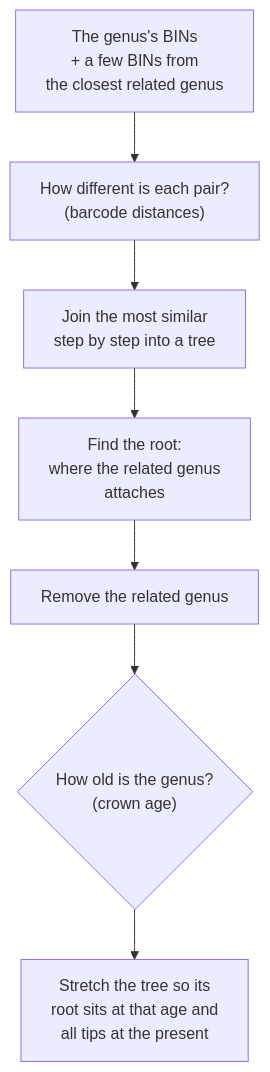
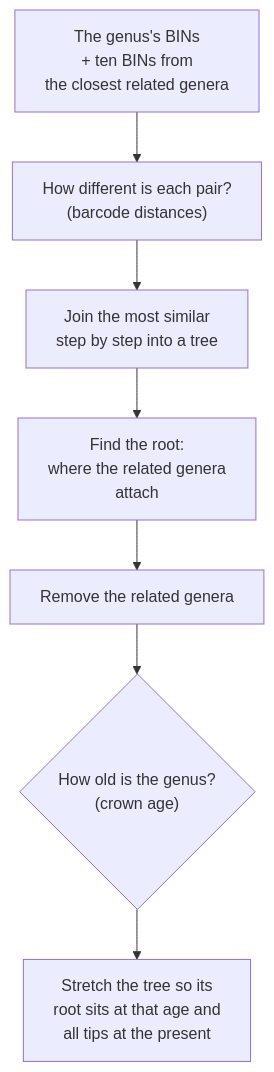
One commit to naturalis/timegraft changed the second of 5 diagrams in docs/science/how-it-works.md. Above: the diagram before and after it, drawn with Mermaid. The commit also changed other lines of this file and 14 other files, not shown here.

````diff
--- a/docs/science/how-it-works.md
+++ b/docs/science/how-it-works.md
@@ -50,9 +50,9 @@
 ```mermaid
 flowchart TB
-    bins["The genus's BINs<br/>+ a few BINs from<br/>the closest related genus"] --> distances["How different is each pair?<br/>(barcode distances)"]
+    bins["The genus's BINs<br/>+ ten BINs from<br/>the closest related genera"] --> distances["How different is each pair?<br/>(barcode distances)"]
     distances --> join["Join the most similar<br/>step by step into a tree"]
-    join --> root["Find the root:<br/>where the related genus<br/>attaches"]
-    root --> drop["Remove the related genus"]
+    join --> root["Find the root:<br/>where the related genera<br/>attach"]
+    root --> drop["Remove the related genera"]
     drop --> crown{"How old is the genus?<br/>(crown age)"}
     crown --> date["Stretch the tree so its<br/>root sits at that age and<br/>all tips at the present"]
 ```
````
